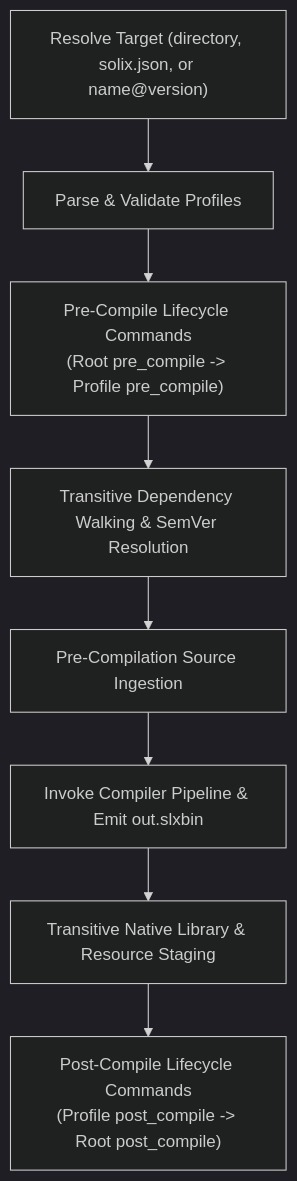
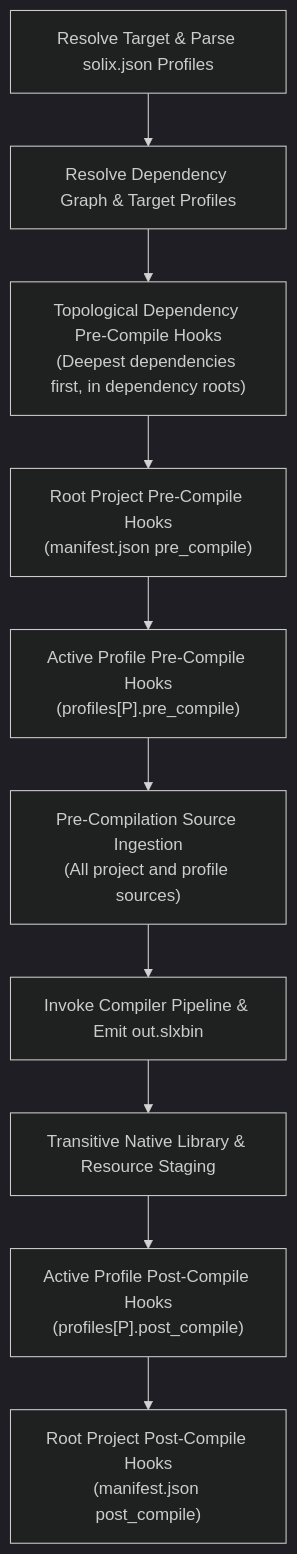
The diagram in docs/spec/cli/build.md (Jehudme/solix), drawn with Mermaid (dark theme) before and after one commit. The commit also changed other lines of this file and 3 other files, not shown here.

Commit message:
test(cli): implement dependency profile selection test suite and docs

````diff
--- a/docs/spec/cli/build.md
+++ b/docs/spec/cli/build.md
@@ -70,10 +70,12 @@
 ```mermaid
 flowchart TD
-    A["Resolve Target (directory, solix.json, or name@version)"] --> B["Parse & Validate Profiles"]
-    B --> C["Pre-Compile Lifecycle Commands<br>(Root pre_compile -> Profile pre_compile)"]
-    C --> D["Transitive Dependency Walking & SemVer Resolution"]
-    D --> E["Pre-Compilation Source Ingestion"]
-    E --> F["Invoke Compiler Pipeline & Emit out.slxbin"]
-    F --> G["Transitive Native Library & Resource Staging"]
-    G --> H["Post-Compile Lifecycle Commands<br>(Profile post_compile -> Root post_compile)"]
+    A["Resolve Target & Parse solix.json Profiles"] --> B["Resolve Dependency Graph & Target Profiles"]
+    B --> C["Topological Dependency Pre-Compile Hooks<br>(Deepest dependencies first, in dependency roots)"]
+    C --> D["Root Project Pre-Compile Hooks<br>(manifest.json pre_compile)"]
+    D --> E["Active Profile Pre-Compile Hooks<br>(profiles[P].pre_compile)"]
+    E --> F["Pre-Compilation Source Ingestion<br>(All project and profile sources)"]
+    F --> G["Invoke Compiler Pipeline & Emit out.slxbin"]
+    G --> H["Transitive Native Library & Resource Staging"]
+    H --> I["Active Profile Post-Compile Hooks<br>(profiles[P].post_compile)"]
+    I --> J["Root Project Post-Compile Hooks<br>(manifest.json post_compile)"]
 ```
````
